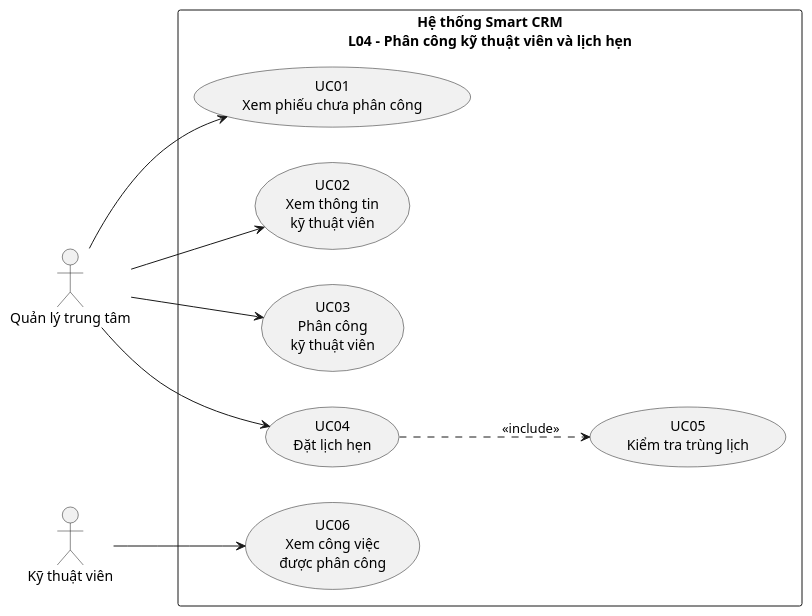
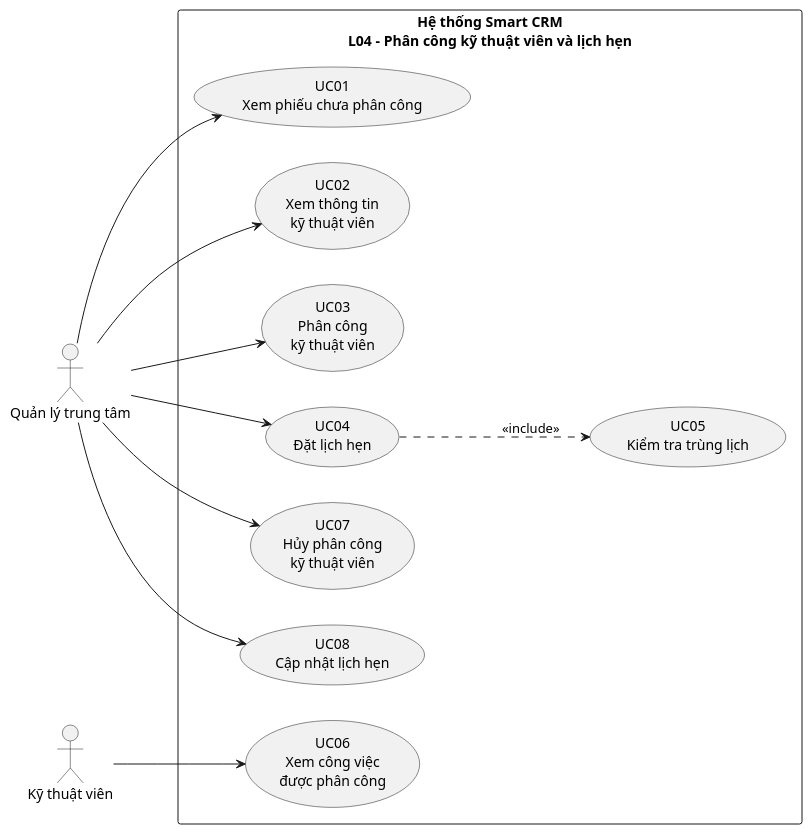
One commit to Hieu2374802010142/smartcrm-2374802010142-technician-assignment changed the diagram in use-case-l04.puml. Above: the diagram before and after it, drawn with PlantUML. The commit also changed other lines of this file and 4 other files, not shown here.

```diff
--- a/use-case-l04.puml
+++ b/use-case-l04.puml
@@ -1,26 +2,30 @@
 @startuml
 left to right direction
 
 actor "Quản lý trung tâm" as Manager
 actor "Kỹ thuật viên" as Technician
 
 rectangle "Hệ thống Smart CRM\nL04 – Phân công kỹ thuật viên và lịch hẹn" {
 
     usecase "UC01\nXem phiếu chưa phân công" as UC01
     usecase "UC02\nXem thông tin\nkỹ thuật viên" as UC02
     usecase "UC03\nPhân công\nkỹ thuật viên" as UC03
     usecase "UC04\nĐặt lịch hẹn" as UC04
     usecase "UC05\nKiểm tra trùng lịch" as UC05
     usecase "UC06\nXem công việc\nđược phân công" as UC06
+    usecase "UC07\nHủy phân công\nkỹ thuật viên" as UC07
+    usecase "UC08\nCập nhật lịch hẹn" as UC08
 }
 
 Manager --> UC01
 Manager --> UC02
 Manager --> UC03
 Manager --> UC04
+Manager --> UC07
+Manager --> UC08
 
 Technician --> UC06
 
 UC04 ..> UC05 : <<include>>
 
 @enduml
```
